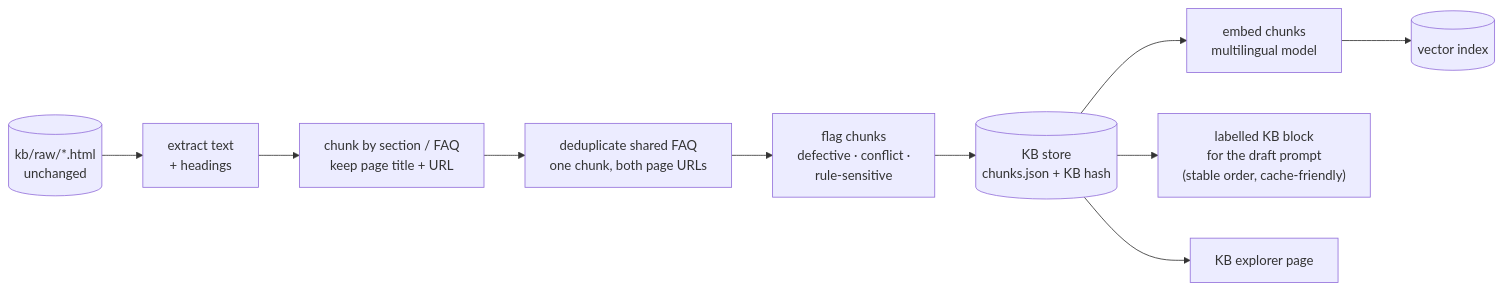
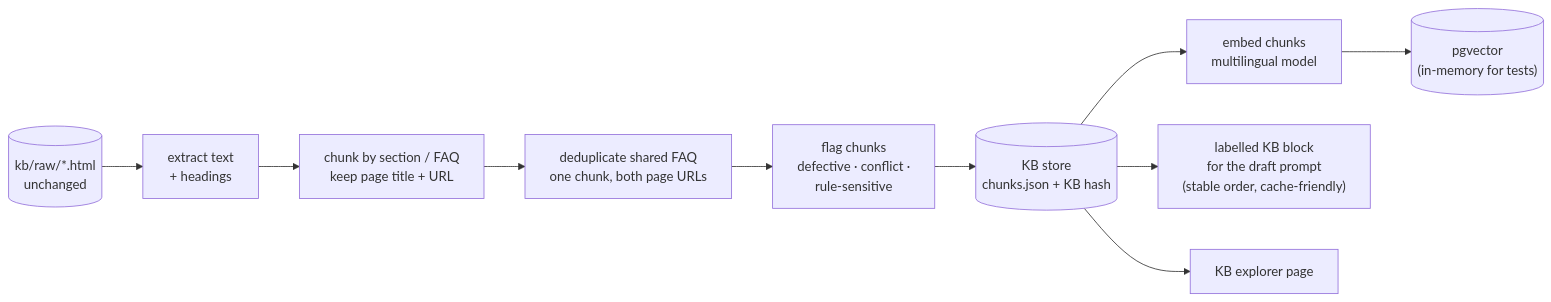
One commit to mohabashraf/support-copilot changed the ninth of 13 diagrams in docs/ARCHITECTURE.md. Above: the diagram before and after it, drawn with Mermaid. The commit also changed other lines of this file and 1 other file, not shown here.

First line of the commit message:
Decision D7: pgvector vector store behind a VectorIndex interface, with reasons

````diff
--- a/docs/ARCHITECTURE.md
+++ b/docs/ARCHITECTURE.md
@@ -314,12 +314,12 @@
 ```mermaid
 flowchart LR
     RAW[("kb/raw/*.html<br/>unchanged")] --> EXT["extract text<br/>+ headings"]
     EXT --> CH["chunk by section / FAQ<br/>keep page title + URL"]
     CH --> DD["deduplicate shared FAQ<br/>one chunk, both page URLs"]
     DD --> FL["flag chunks<br/>defective · conflict ·<br/>rule-sensitive"]
     FL --> STORE[("KB store<br/>chunks.json + KB hash")]
     STORE --> EMB["embed chunks<br/>multilingual model"]
-    EMB --> IDX[("vector index")]
+    EMB --> IDX[("pgvector<br/>(in-memory for tests)")]
     STORE --> PROMPT["labelled KB block<br/>for the draft prompt<br/>(stable order, cache-friendly)"]
     STORE --> EXP["KB explorer page"]
 ```
````
